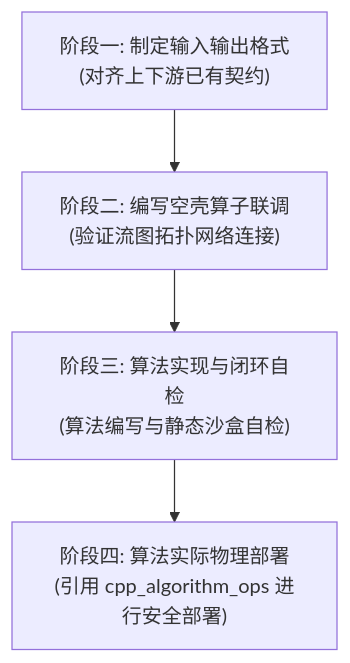
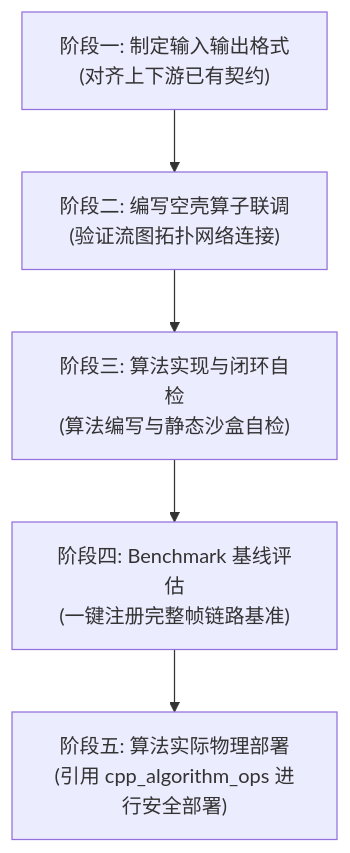
Before and after one commit to atom317/uestcradar: the diagram in .agents/skills/develop_cpp_algorithm/SKILL.md, drawn with Mermaid. The commit also changed other lines of this file and 33 other files, not shown here.

Commit message:
feat(sdk): add benchmark harness and update algorithm template headers

````diff
--- a/.agents/skills/develop_cpp_algorithm/SKILL.md
+++ b/.agents/skills/develop_cpp_algorithm/SKILL.md
@@ -13,6 +13,7 @@
 ```mermaid
 graph TD
     A["阶段一: 制定输入输出格式<br/>(对齐上下游已有契约)"] --> B["阶段二: 编写空壳算子联调<br/>(验证流图拓扑网络连接)"]
     B --> C["阶段三: 算法实现与闭环自检<br/>(算法编写与静态沙盒自检)"]
-    C --> D["阶段四: 算法实际物理部署<br/>(引用 cpp_algorithm_ops 进行安全部署)"]
+    C --> D["阶段四: Benchmark 基线评估<br/>(一键注册完整帧链路基准)"]
+    D --> E["阶段五: 算法实际物理部署<br/>(引用 cpp_algorithm_ops 进行安全部署)"]
 ```
````
